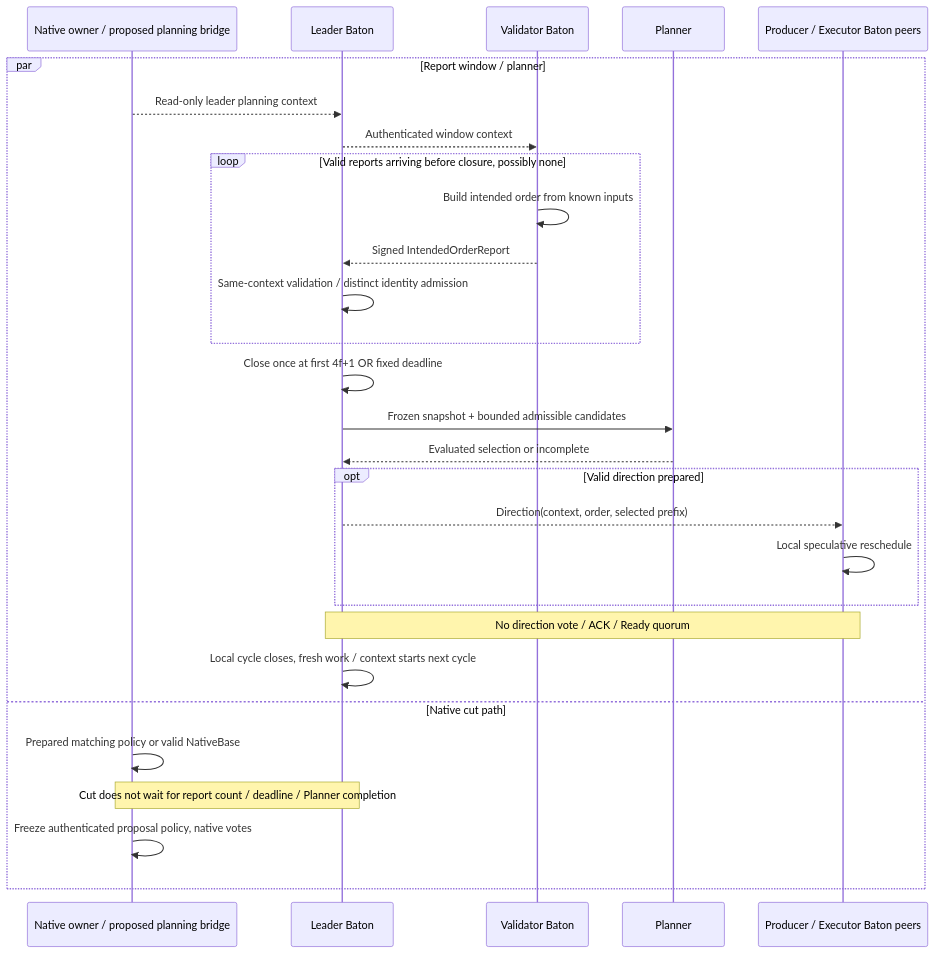
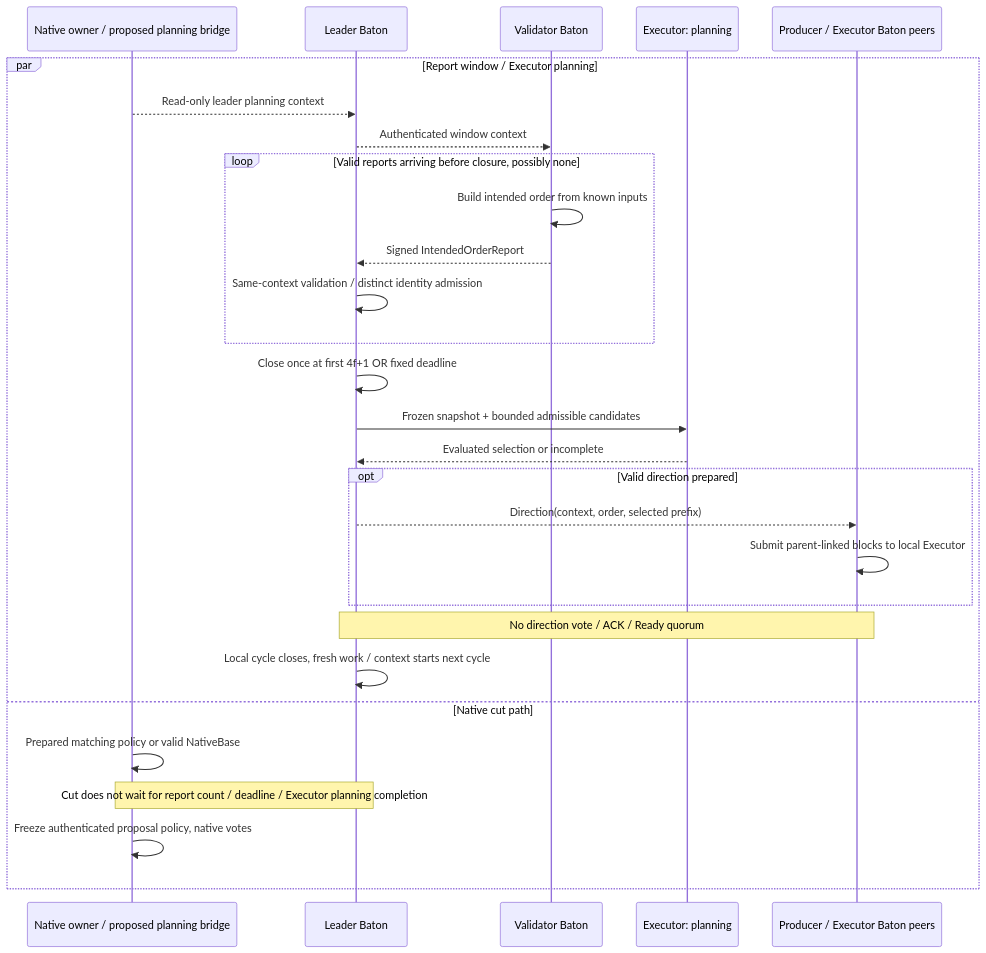
The first of 2 diagrams in docs/e2e/leader.md (djm07073/baton-research), drawn with Mermaid before and after one commit. The commit also changed other lines of this file and 61 other files, not shown here.

Commit message:
Merge planning and parent-linked execution tree into Executor

````diff
--- a/docs/e2e/leader.md
+++ b/docs/e2e/leader.md
@@ -7,30 +7,30 @@
 ```mermaid
 sequenceDiagram
     participant N as Native owner / proposed planning bridge
     participant L as Leader Baton
     participant V as Validator Baton
-    participant P as Planner
+    participant P as Executor: planning
     participant X as Producer / Executor Baton peers
-    par Report window / planner
+    par Report window / Executor planning
         N-->>L: Read-only leader planning context
         L-->>V: Authenticated window context
         loop Valid reports arriving before closure, possibly none
             V->>V: Build intended order from known inputs
             V-->>L: Signed IntendedOrderReport
             L->>L: Same-context validation / distinct identity admission
         end
         L->>L: Close once at first 4f+1 OR fixed deadline
         L->>P: Frozen snapshot + bounded admissible candidates
         P-->>L: Evaluated selection or incomplete
         opt Valid direction prepared
             L-->>X: Direction(context, order, selected prefix)
-            X->>X: Local speculative reschedule
+            X->>X: Submit parent-linked blocks to local Executor
         end
         Note over L,X: No direction vote / ACK / Ready quorum
         L->>L: Local cycle closes, fresh work / context starts next cycle
     and Native cut path
         N->>N: Prepared matching policy or valid NativeBase
-        Note over N,L: Cut does not wait for report count / deadline / Planner completion
+        Note over N,L: Cut does not wait for report count / deadline / Executor planning completion
         N->>N: Freeze authenticated proposal policy, native votes
     end
 ```
````
